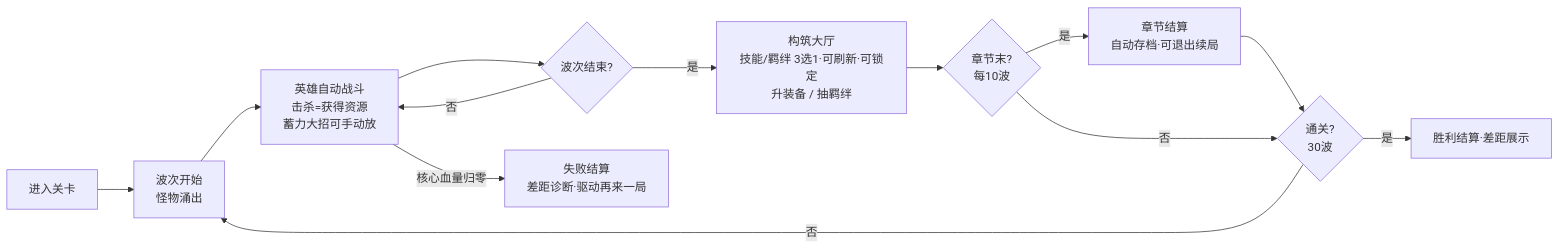
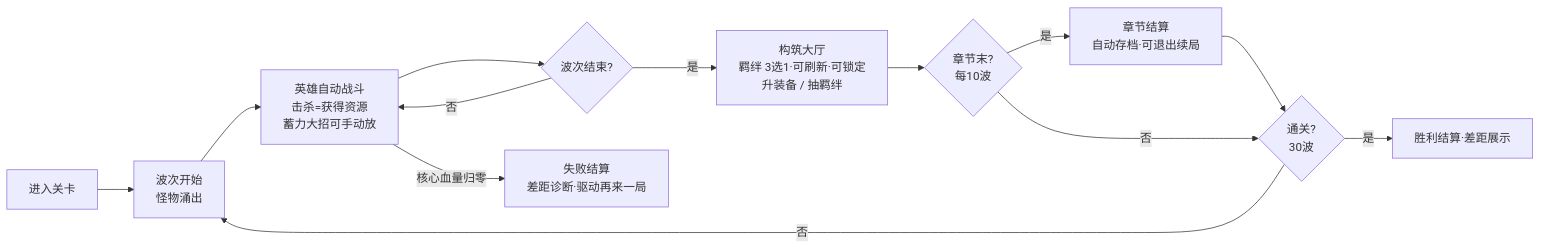
The diagram in docs/GAME_DESIGN.md (cbl315/roguelike-td), drawn with Mermaid before and after one commit. The commit also changed other lines of this file and 51 other files, not shown here.

````diff
--- a/docs/GAME_DESIGN.md
+++ b/docs/GAME_DESIGN.md
@@ -31,15 +29,15 @@
 ```mermaid
 flowchart LR
     A[进入关卡] --> B[波次开始<br/>怪物涌出]
     B --> C[英雄自动战斗<br/>击杀=获得资源<br/>蓄力大招可手动放]
     C --> D{波次结束?}
     D -- 否 --> C
-    D -- 是 --> E[构筑大厅<br/>技能/羁绊 3选1·可刷新·可锁定<br/>升装备 / 抽羁绊]
+    D -- 是 --> E[构筑大厅<br/>羁绊 3选1·可刷新·可锁定<br/>升装备 / 抽羁绊]
     E --> F{章节末?<br/>每10波}
     F -- 是 --> S[章节结算<br/>自动存档·可退出续局]
     S --> F2{通关?<br/>30波}
     F -- 否 --> F2
     F2 -- 否 --> B
     F2 -- 是 --> G[胜利结算·差距展示]
     C -- 核心血量归零 --> H[失败结算<br/>差距诊断·驱动再来一局]
 ```
````
